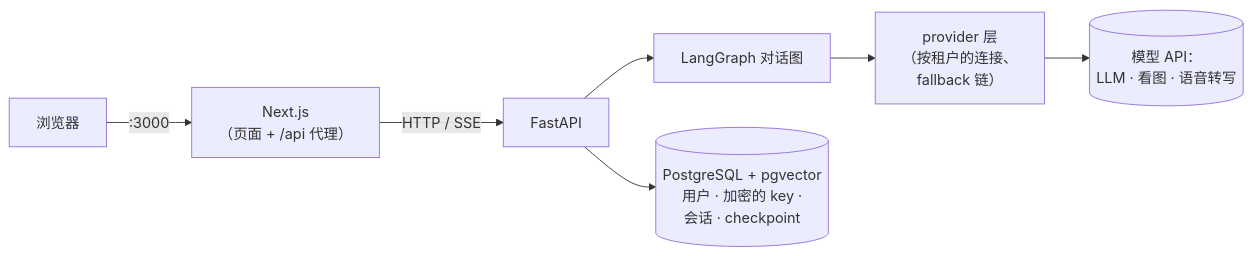
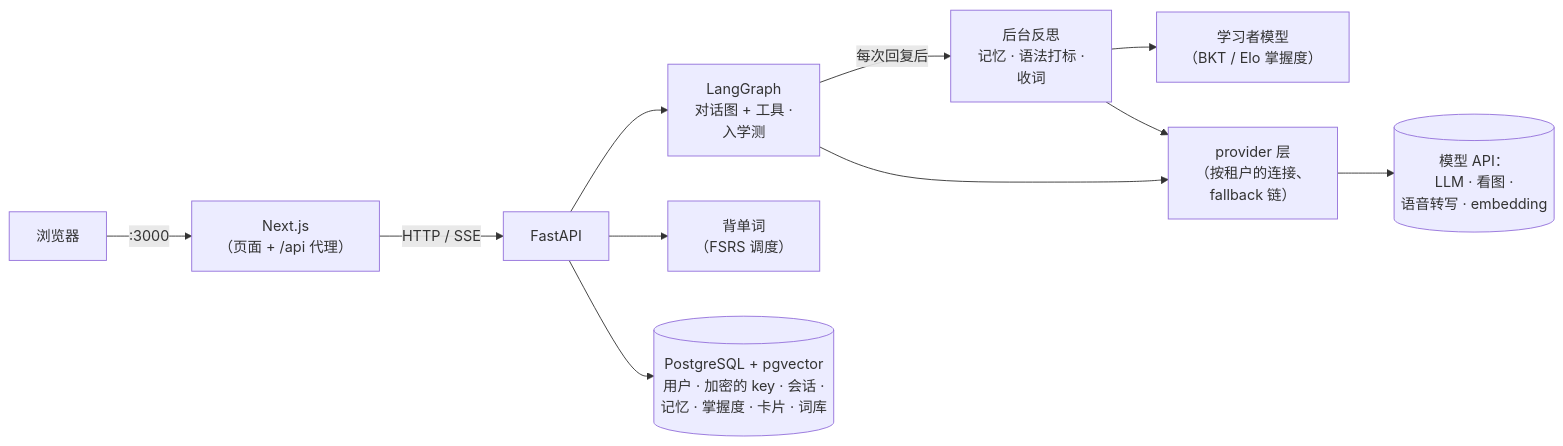
Before and after one commit to YangD1/lingo-agent: the diagram in README.zh-CN.md, drawn with Mermaid. The commit also changed other lines of this file and 3 other files, not shown here.

````diff
--- a/README.zh-CN.md
+++ b/README.zh-CN.md
@@ -97,9 +118,13 @@
 ```mermaid
 flowchart LR
     B[浏览器] -->|:3000| F["Next.js<br/>（页面 + /api 代理）"]
     F -->|"HTTP / SSE"| A[FastAPI]
-    A --> G[LangGraph 对话图]
+    A --> G["LangGraph<br/>对话图 + 工具 ·<br/>入学测"]
+    G -->|"每次回复后"| R["后台反思<br/>记忆 · 语法打标 ·<br/>收词"]
+    R --> L["学习者模型<br/>（BKT / Elo 掌握度）"]
+    A --> V["背单词<br/>（FSRS 调度）"]
     G --> P["provider 层<br/>（按租户的连接、<br/>fallback 链）"]
-    P --> M[("模型 API：<br/>LLM · 看图 · 语音转写")]
-    A --> D[("PostgreSQL + pgvector<br/>用户 · 加密的 key ·<br/>会话 · checkpoint")]
+    R --> P
+    P --> M[("模型 API：<br/>LLM · 看图 ·<br/>语音转写 · embedding")]
+    A --> D[("PostgreSQL + pgvector<br/>用户 · 加密的 key · 会话 ·<br/>记忆 · 掌握度 · 卡片 · 词库")]
 ```
````
